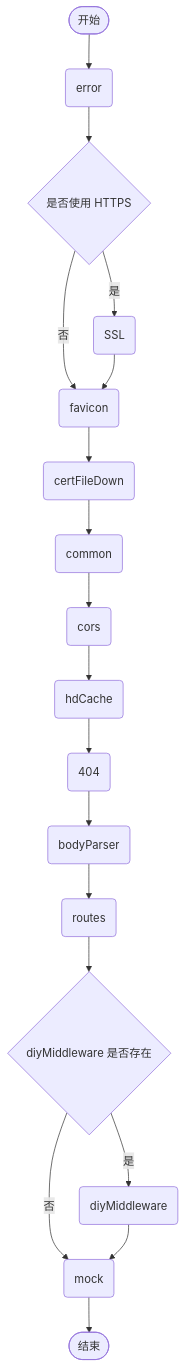
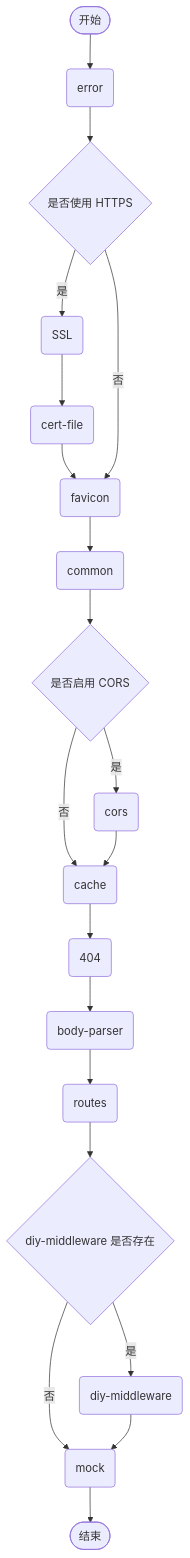
The diagram in docs/dev/中间件逻辑说明.md (Froguard/mihawk), drawn with Mermaid before and after one commit. The commit also changed 19 other files, not shown here.

````diff
--- a/docs/dev/中间件逻辑说明.md
+++ b/docs/dev/中间件逻辑说明.md
@@ -5,20 +5,22 @@
 ```mermaid
 graph TB
     A([开始]):::startend --> B(error):::process
     B --> C{是否使用 HTTPS}:::decision
     C -->|是| D(SSL):::process
-    C -->|否| E(favicon):::process
-    D --> E
-    E --> F(certFileDown):::process
+    D --> E(cert-file):::process
+    E --> F(favicon):::process
+    C -->|否| F
     F --> G(common):::process
-    G --> H(cors):::process
-    H --> I(hdCache):::process
-    I --> J(404):::process
-    J --> K(bodyParser):::process
-    K --> L(routes):::process
-    L --> M{diyMiddleware 是否存在}:::decision
-    M -->|是| N(diyMiddleware):::process
-    M -->|否| O(mock):::process
-    N --> O
-    O --> P([结束]):::startend
+    G --> H{是否启用 CORS}:::decision
+    H -->|是| I(cors):::process
+    H -->|否| J(cache):::process
+    I --> J
+    J --> K(404):::process
+    K --> L(body-parser):::process
+    L --> M(routes):::process
+    M --> N{diy-middleware 是否存在}:::decision
+    N -->|是| O(diy-middleware):::process
+    N -->|否| P(mock):::process
+    O --> P
+    P --> Q([结束]):::startend
 ```
````
